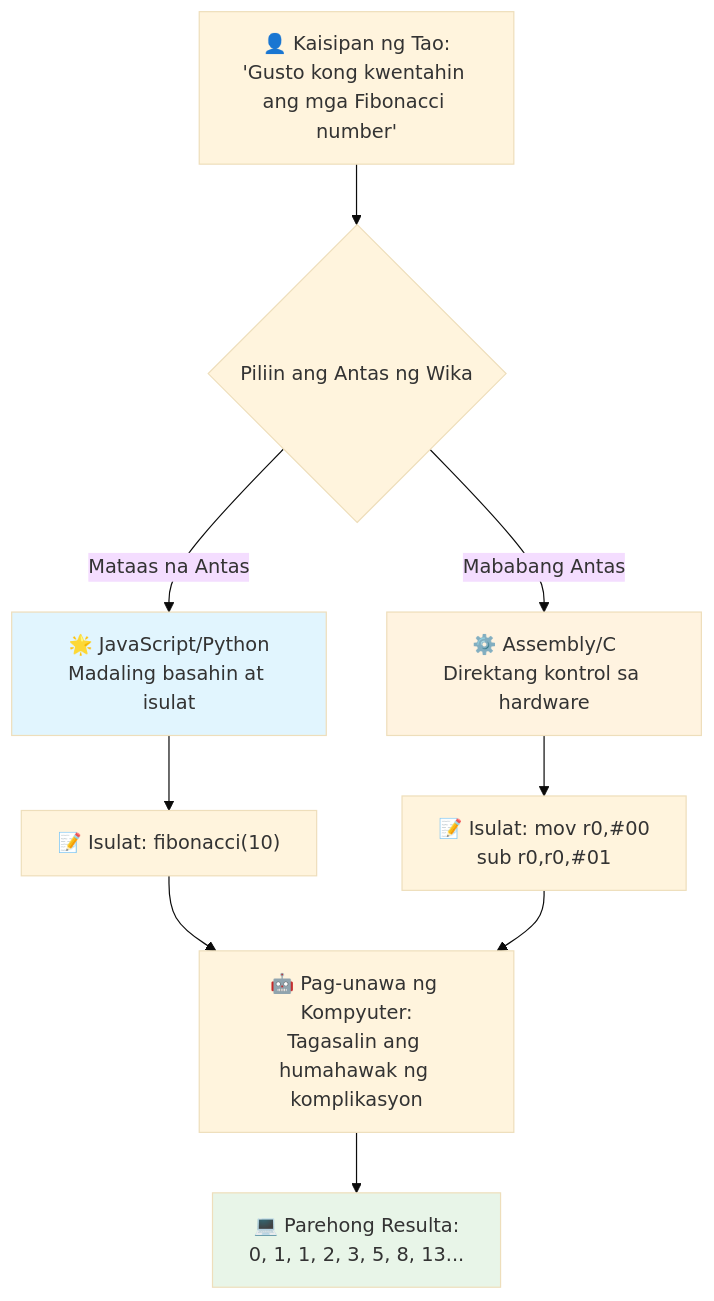
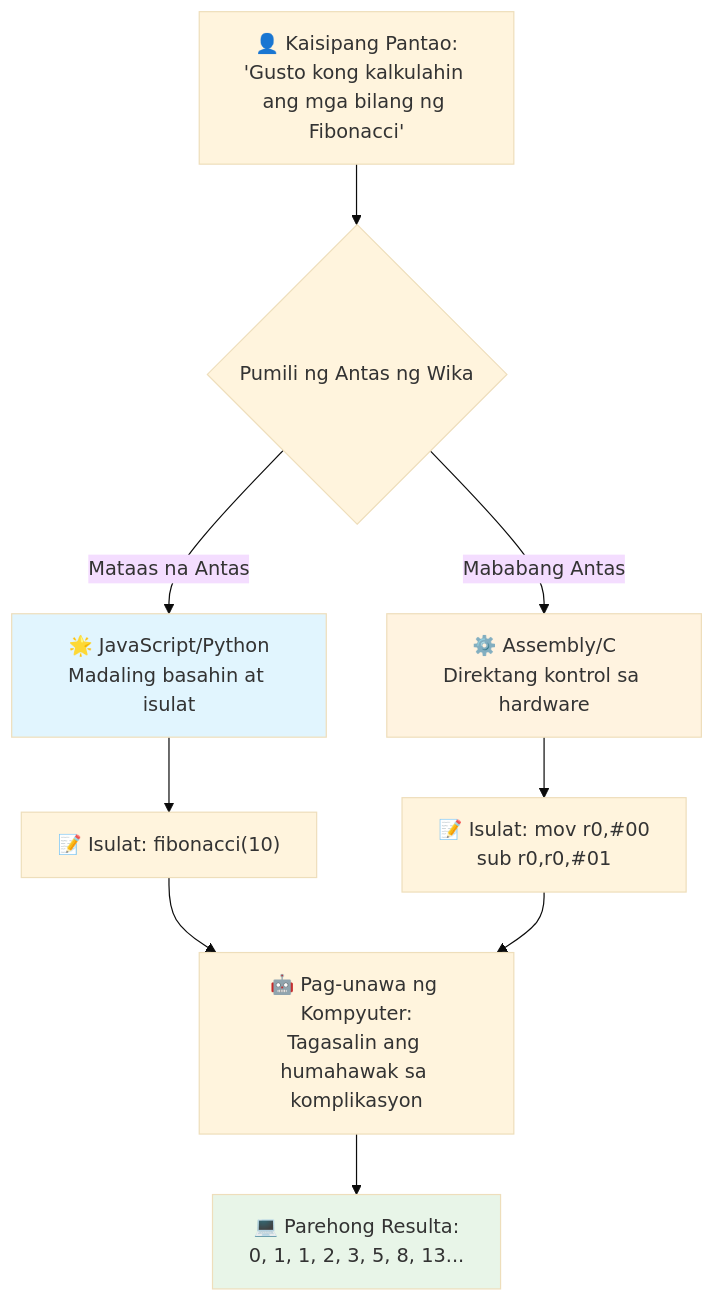
Before and after one commit to microsoft/Web-Dev-For-Beginners: the third of 7 diagrams in translations/tl/1-getting-started-lessons/1-intro-to-programming-languages/README.md, drawn with Mermaid (base theme). The commit also changed other lines of this file and 8 other files, not shown here.

````diff
--- a/translations/tl/1-getting-started-lessons/1-intro-to-programming-languages/README.md
+++ b/translations/tl/1-getting-started-lessons/1-intro-to-programming-languages/README.md
@@ -148,19 +148,19 @@
 ```mermaid
 flowchart TB
-    A["👤 Kaisipan ng Tao:<br/>'Gusto kong kwentahin ang mga Fibonacci number'"] --> B{Piliin ang Antas ng Wika}
+    A["👤 Kaisipang Pantao:<br/>'Gusto kong kalkulahin ang mga bilang ng Fibonacci'"] --> B{Pumili ng Antas ng Wika}
     
     B -->|Mataas na Antas| C["🌟 JavaScript/Python<br/>Madaling basahin at isulat"]
     B -->|Mababang Antas| D["⚙️ Assembly/C<br/>Direktang kontrol sa hardware"]
     
     C --> E["📝 Isulat: fibonacci(10)"]
     D --> F["📝 Isulat: mov r0,#00<br/>sub r0,r0,#01"]
     
-    E --> G["🤖 Pag-unawa ng Kompyuter:<br/>Tagasalin ang humahawak ng komplikasyon"]
+    E --> G["🤖 Pag-unawa ng Kompyuter:<br/>Tagasalin ang humahawak sa komplikasyon"]
     F --> G
     
     G --> H["💻 Parehong Resulta:<br/>0, 1, 1, 2, 3, 5, 8, 13..."]
     
     style C fill:#e1f5fe
     style D fill:#fff3e0
     style H fill:#e8f5e8
 ```
````
